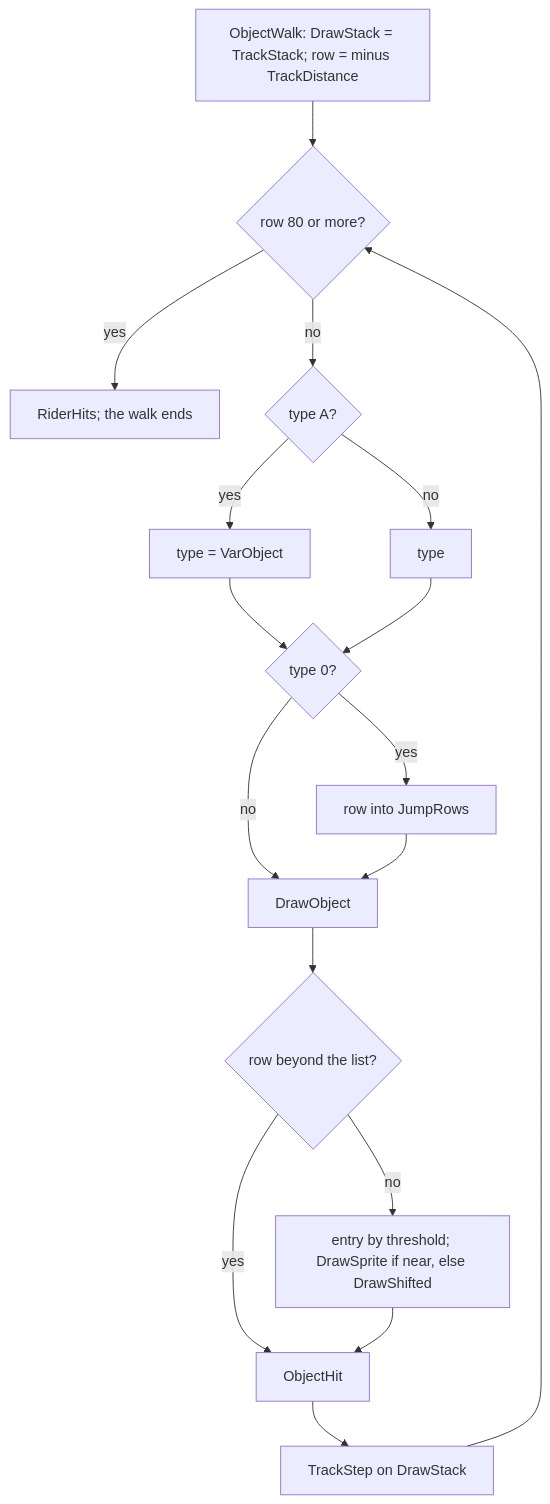
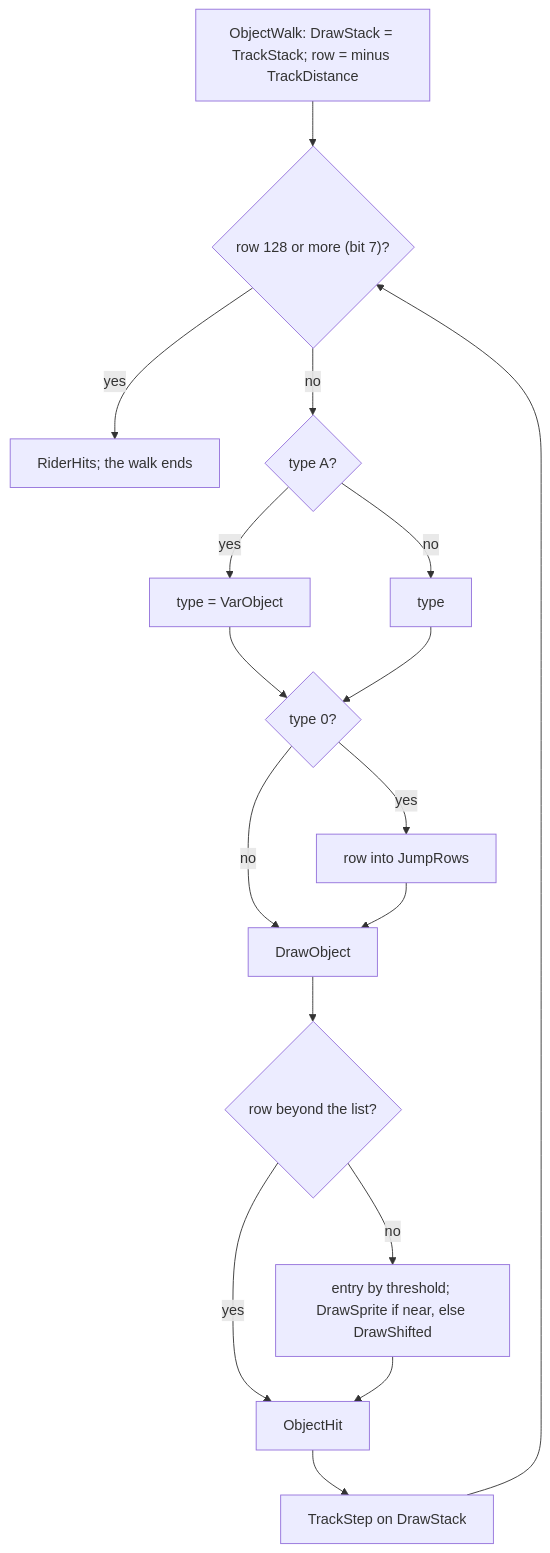
One commit to alfishe/unrealng-reverse-cases changed the sixth of 8 diagrams in games/enduro-racer/docs/07-objects.md. Above: the diagram before and after it, drawn with Mermaid. The commit also changed other lines of this file and 24 other files, not shown here.

````diff
--- a/games/enduro-racer/docs/07-objects.md
+++ b/games/enduro-racer/docs/07-objects.md
@@ -677,19 +677,19 @@
 ```mermaid
 flowchart TD
-    A["ObjectWalk: DrawStack = TrackStack; row = minus TrackDistance"] --> B{"row 80 or more?"}
+    A["ObjectWalk: DrawStack = TrackStack; row = minus TrackDistance"] --> B{"row 128 or more (bit 7)?"}
     B -- yes --> R["RiderHits; the walk ends"]
     B -- no --> C{"type A?"}
     C -- yes --> D["type = VarObject"]
     C -- no --> E["type"]
     D --> F{"type 0?"}
     E --> F
     F -- yes --> G["row into JumpRows"]
     F -- no --> H["DrawObject"]
     G --> H
     H --> I{"row beyond the list?"}
     I -- yes --> K["ObjectHit"]
     I -- no --> J["entry by threshold; DrawSprite if near, else DrawShifted"]
     J --> K
     K --> L["TrackStep on DrawStack"]
     L --> B
 ```
````
